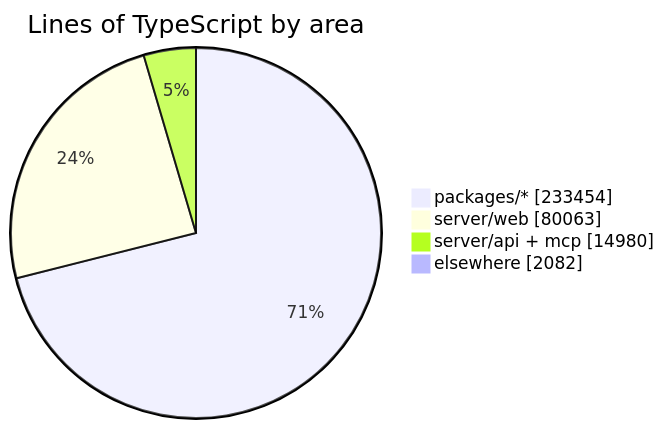
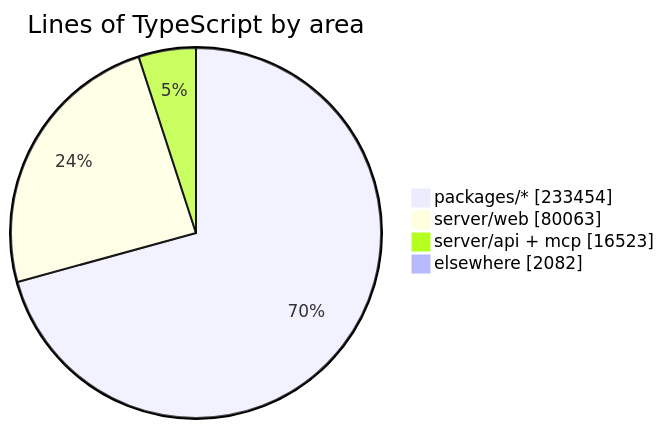
Before and after one commit to crossworks-engineering/mantle: the diagram in README.md, drawn with Mermaid. The commit also changed other lines of this file and 2 other files, not shown here.

````diff
--- a/README.md
+++ b/README.md
@@ -287,7 +287,7 @@
 ```mermaid
 pie showData title Lines of TypeScript by area
     "packages/*" : 233454
     "server/web" : 80063
-    "server/api + mcp" : 14980
+    "server/api + mcp" : 16523
     "elsewhere" : 2082
 ```
````
